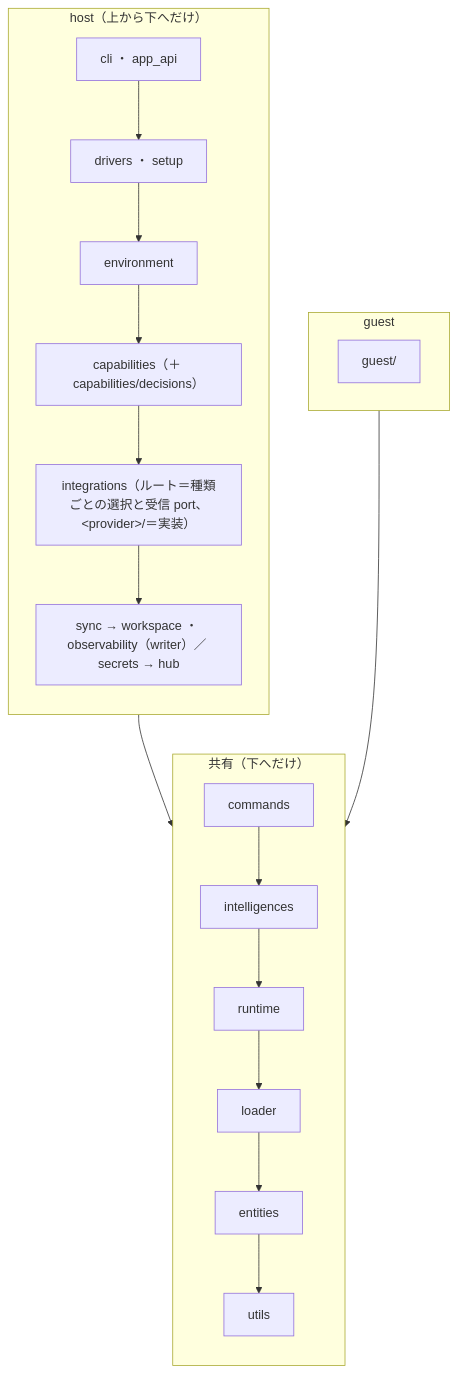
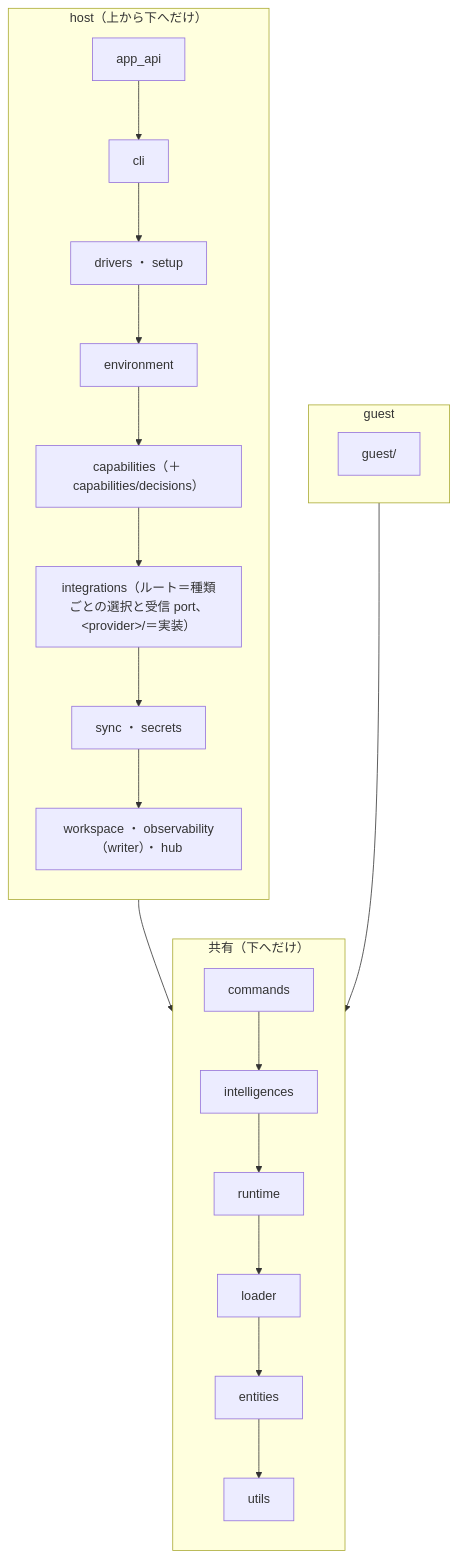
One commit to GuildBotics/GuildBotics changed the diagram in AGENTS.md. Above: the diagram before and after it, drawn with Mermaid. The commit also changed other lines of this file and 21 other files, not shown here.

````diff
--- a/AGENTS.md
+++ b/AGENTS.md
@@ -43,22 +43,24 @@
 ```mermaid
 flowchart TB
     subgraph Host["host（上から下へだけ）"]
         direction TB
-        H1["cli ・ app_api"]
+        H0["app_api"]
+        H1["cli"]
         H2["drivers ・ setup"]
         H3["environment"]
         H4["capabilities（＋ capabilities/decisions）"]
         H5["integrations（ルート＝種類ごとの選択と受信 port、&lt;provider&gt;/＝実装）"]
-        H6["sync → workspace ・ observability（writer）／ secrets → hub"]
-        H1 --> H2 --> H3 --> H4 --> H5 --> H6
+        H6["sync ・ secrets"]
+        H7["workspace ・ observability（writer）・ hub"]
+        H0 --> H1 --> H2 --> H3 --> H4 --> H5 --> H6 --> H7
     end
     subgraph Guest["guest"]
         G["guest/"]
     end
     subgraph Shared["共有（下へだけ）"]
         direction TB
         S1["commands"] --> S2["intelligences"] --> S3["runtime"] --> S4["loader"] --> S5["entities"] --> S6["utils"]
     end
     Host --> Shared
     Guest --> Shared
 ```
````
